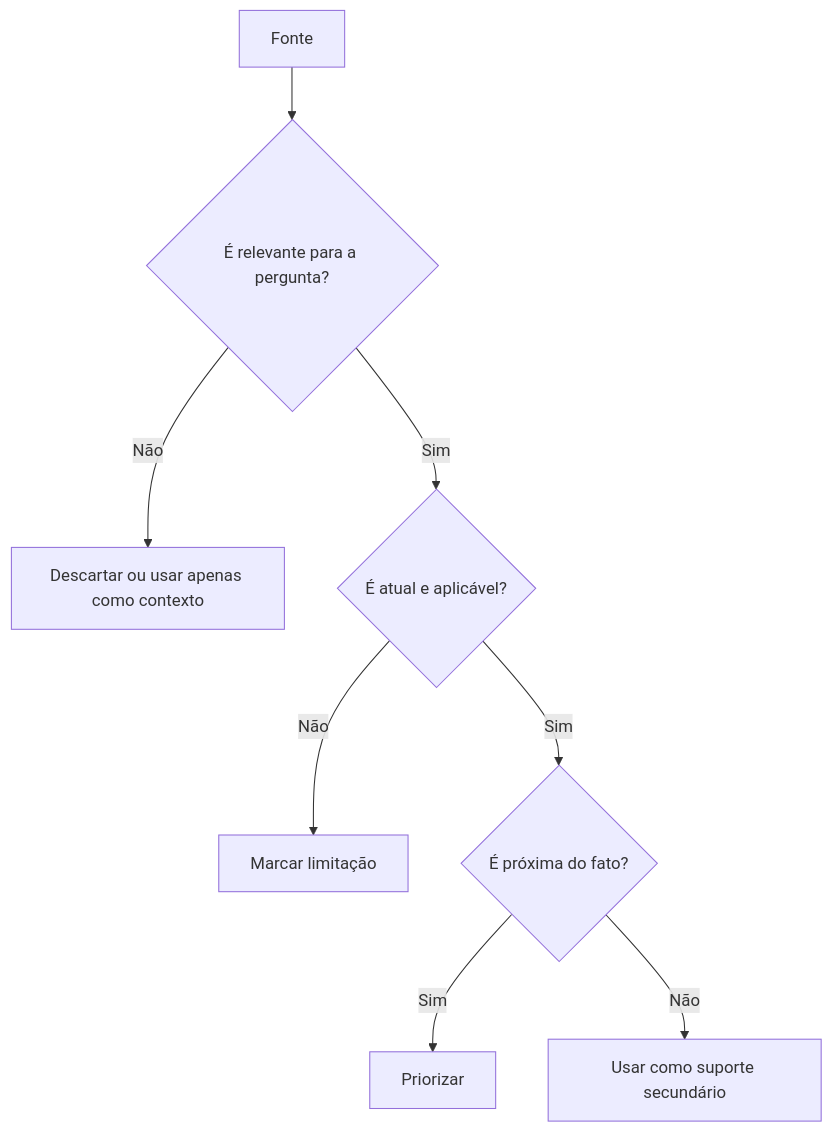
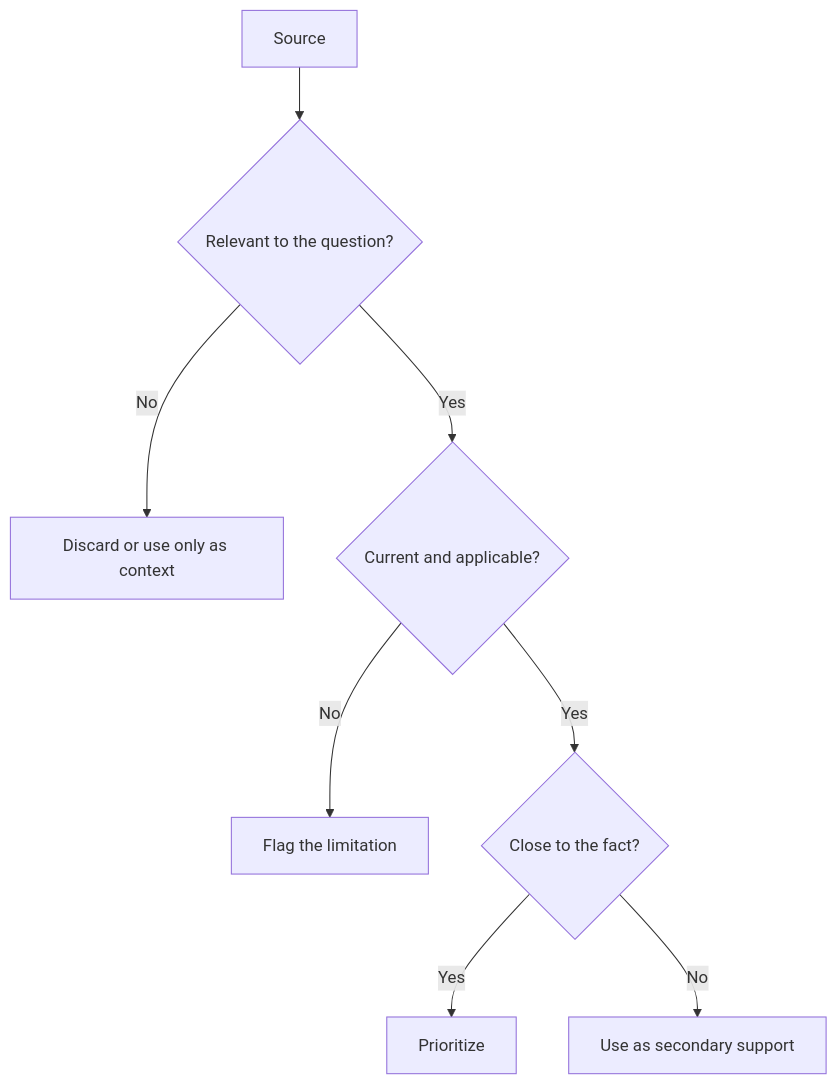
Before and after one commit to rpelizza/PelizzAI: the third of 4 diagrams in .claude/skills/pelizzai-reasoning/techniques/evidence-synthesis.md, drawn with Mermaid. The commit also changed other lines of this file and 362 other files, not shown here.

````diff
--- a/.claude/skills/pelizzai-reasoning/techniques/evidence-synthesis.md
+++ b/.claude/skills/pelizzai-reasoning/techniques/evidence-synthesis.md
@@ -361,10 +361,10 @@
 ```mermaid
 flowchart TD
-    A[Fonte] --> B{É relevante para a pergunta?}
-    B -- Não --> C[Descartar ou usar apenas como contexto]
-    B -- Sim --> D{É atual e aplicável?}
-    D -- Não --> E[Marcar limitação]
-    D -- Sim --> F{É próxima do fato?}
-    F -- Sim --> G[Priorizar]
-    F -- Não --> H[Usar como suporte secundário]
+    A[Source] --> B{Relevant to the question?}
+    B -- No --> C[Discard or use only as context]
+    B -- Yes --> D{Current and applicable?}
+    D -- No --> E[Flag the limitation]
+    D -- Yes --> F{Close to the fact?}
+    F -- Yes --> G[Prioritize]
+    F -- No --> H[Use as secondary support]
 ```
````
